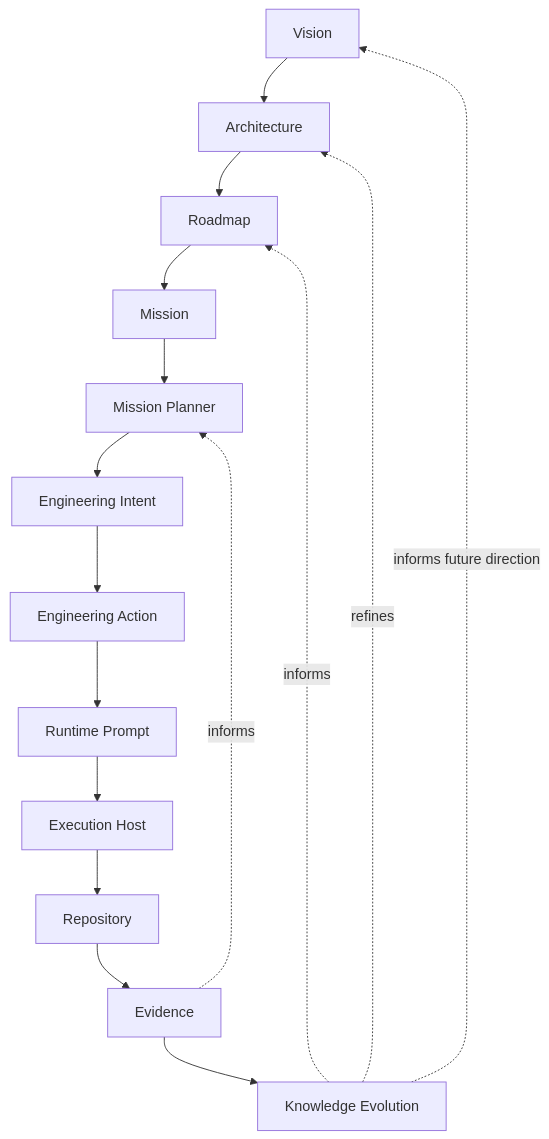
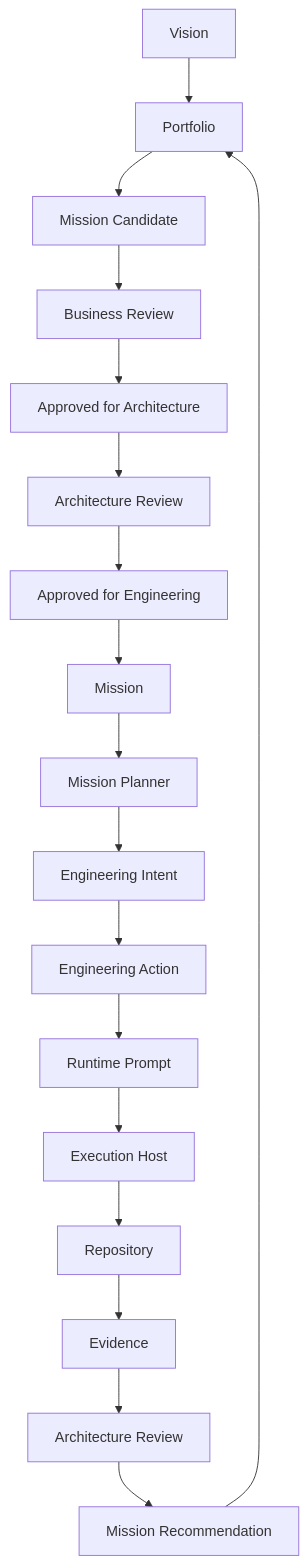
One commit to pcvantol/forge changed the first of 5 diagrams in knowledge/bootstrap/05_ENGINEERING_MODEL.md. Above: the diagram before and after it, drawn with Mermaid. The commit also changed other lines of this file and 14 other files, not shown here.

````diff
--- a/knowledge/bootstrap/05_ENGINEERING_MODEL.md
+++ b/knowledge/bootstrap/05_ENGINEERING_MODEL.md
@@ -13,18 +13,20 @@
 ```mermaid
 flowchart TD
-    V[Vision] --> A[Architecture]
-    A --> R[Roadmap]
-    R --> M[Mission]
+    V[Vision] --> P[Portfolio]
+    P --> MC[Mission Candidate]
+    MC --> BR[Business Review]
+    BR --> AA[Approved for Architecture]
+    AA --> AR[Architecture Review]
+    AR --> AE[Approved for Engineering]
+    AE --> M[Mission]
     M --> MP[Mission Planner]
     MP --> I[Engineering Intent]
     I --> AC[Engineering Action]
     AC --> PR[Runtime Prompt]
     PR --> EH[Execution Host]
     EH --> RE[Repository]
     RE --> EV[Evidence]
-    EV -. informs .-> MP
-    EV --> KE[Knowledge Evolution]
-    KE -. informs future direction .-> V
-    KE -. refines .-> A
-    KE -. informs .-> R
+    EV --> AR2[Architecture Review]
+    AR2 --> MR[Mission Recommendation]
+    MR --> P
 ```
````
